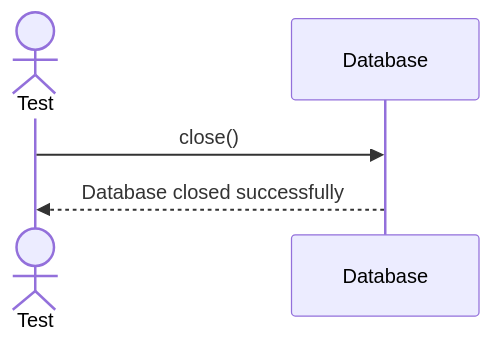
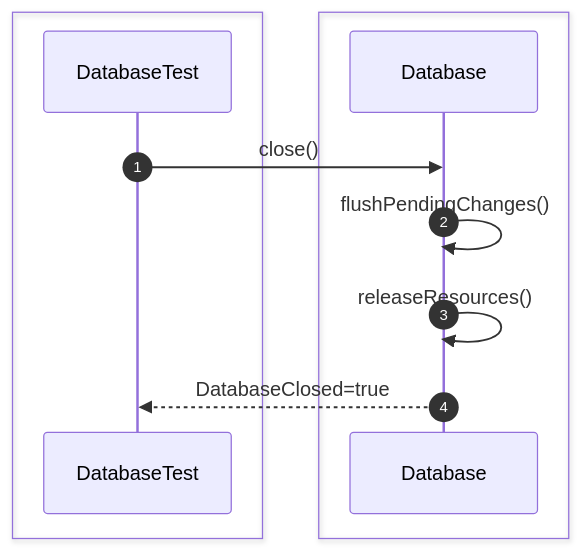
One commit to Huy1801214/dbms-architecture changed the second of 42 diagrams in src/sequence/db-object.md. Above: the diagram before and after it, drawn with Mermaid. The commit also changed other lines of this file, not shown here.

Commit message:
add sequence diagrams for database object unit tests

````diff
--- a/src/sequence/db-object.md
+++ b/src/sequence/db-object.md
@@ -16,8 +26,18 @@
 ```mermaid
 sequenceDiagram
-    actor Test
-    participant Database
+    autonumber
+    box #e1f5fe Test Suite
+    participant Test as DatabaseTest
+    end
+    box #e8f5e9 Database Objects
+    participant Database as Database
+    end
 
     Test->>Database: close()
-    Database-->>Test: Database closed successfully
+
+    Database->>Database: flushPendingChanges()
+
+    Database->>Database: releaseResources()
+
+    Database-->>Test: DatabaseClosed=true
 ```
````
